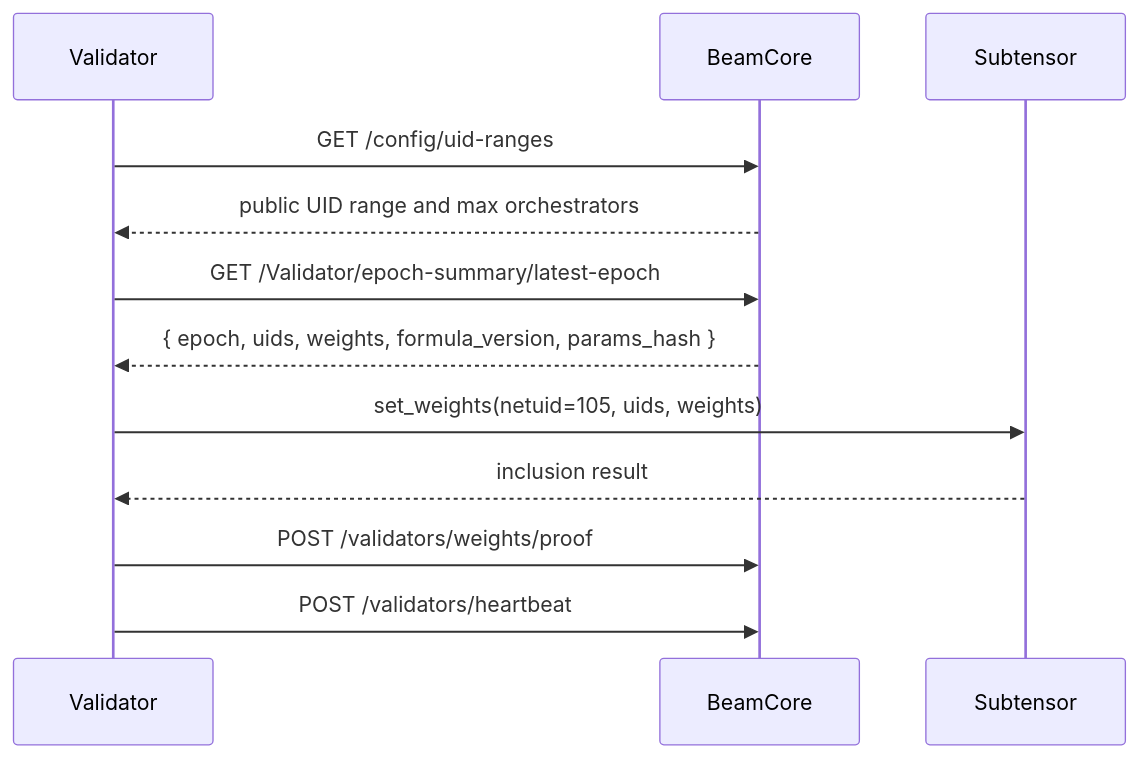
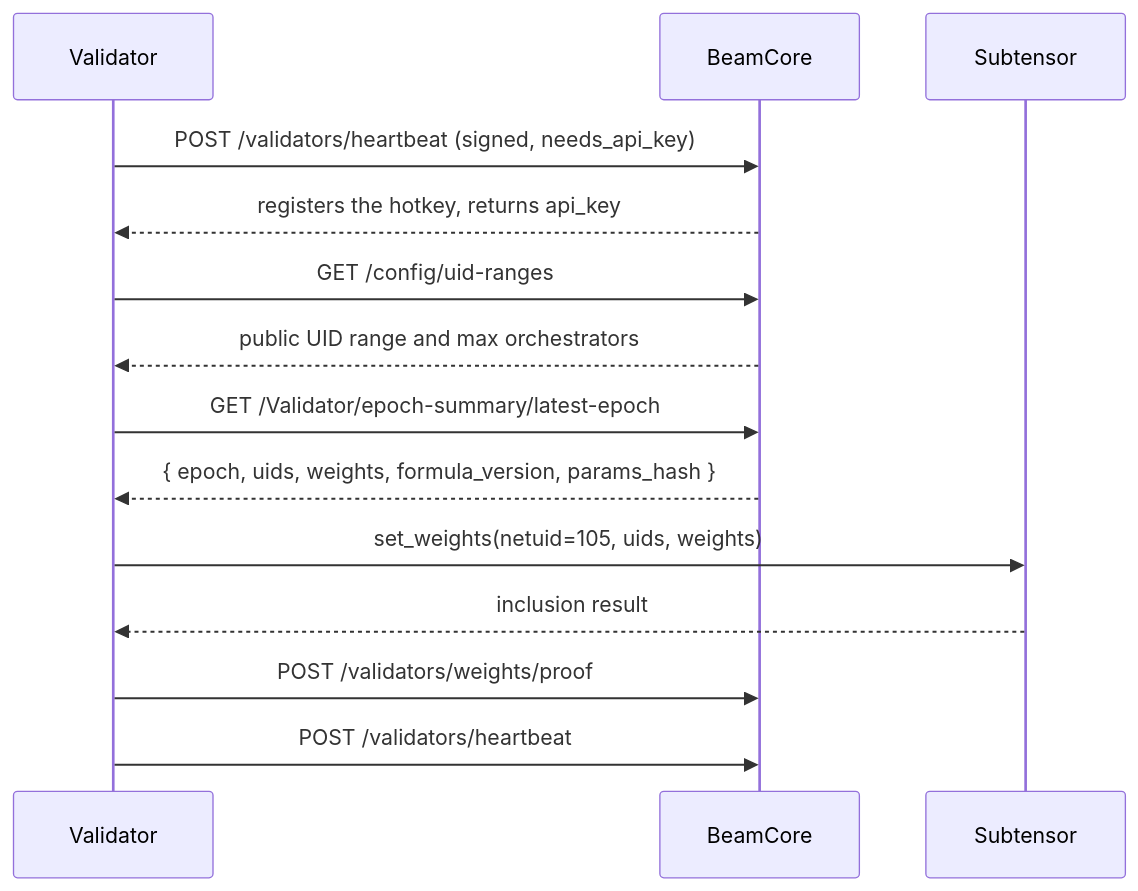
One commit to Beam-Network/beam changed the diagram in guide/validators.md. Above: the diagram before and after it, drawn with Mermaid. The commit also changed other lines of this file and 1 other file, not shown here.

First line of the commit message:
Document validator hotkey auth flow

````diff
--- a/guide/validators.md
+++ b/guide/validators.md
@@ -32,15 +32,17 @@
 ```mermaid
 sequenceDiagram
     participant Validator
     participant BeamCore
     participant Subtensor
 
+    Validator->>BeamCore: POST /validators/heartbeat (signed, needs_api_key)
+    BeamCore-->>Validator: registers the hotkey, returns api_key
     Validator->>BeamCore: GET /config/uid-ranges
     BeamCore-->>Validator: public UID range and max orchestrators
     Validator->>BeamCore: GET /Validator/epoch-summary/latest-epoch
     BeamCore-->>Validator: { epoch, uids, weights, formula_version, params_hash }
     Validator->>Subtensor: set_weights(netuid=105, uids, weights)
     Subtensor-->>Validator: inclusion result
     Validator->>BeamCore: POST /validators/weights/proof
     Validator->>BeamCore: POST /validators/heartbeat
 ```
````
